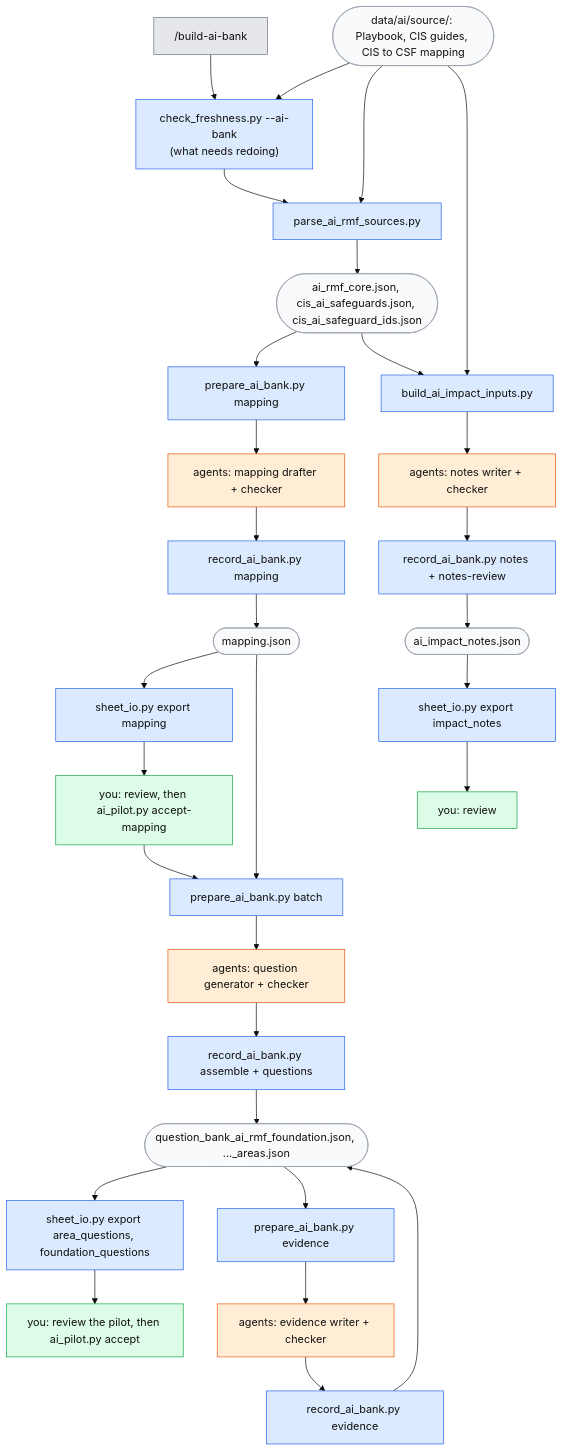
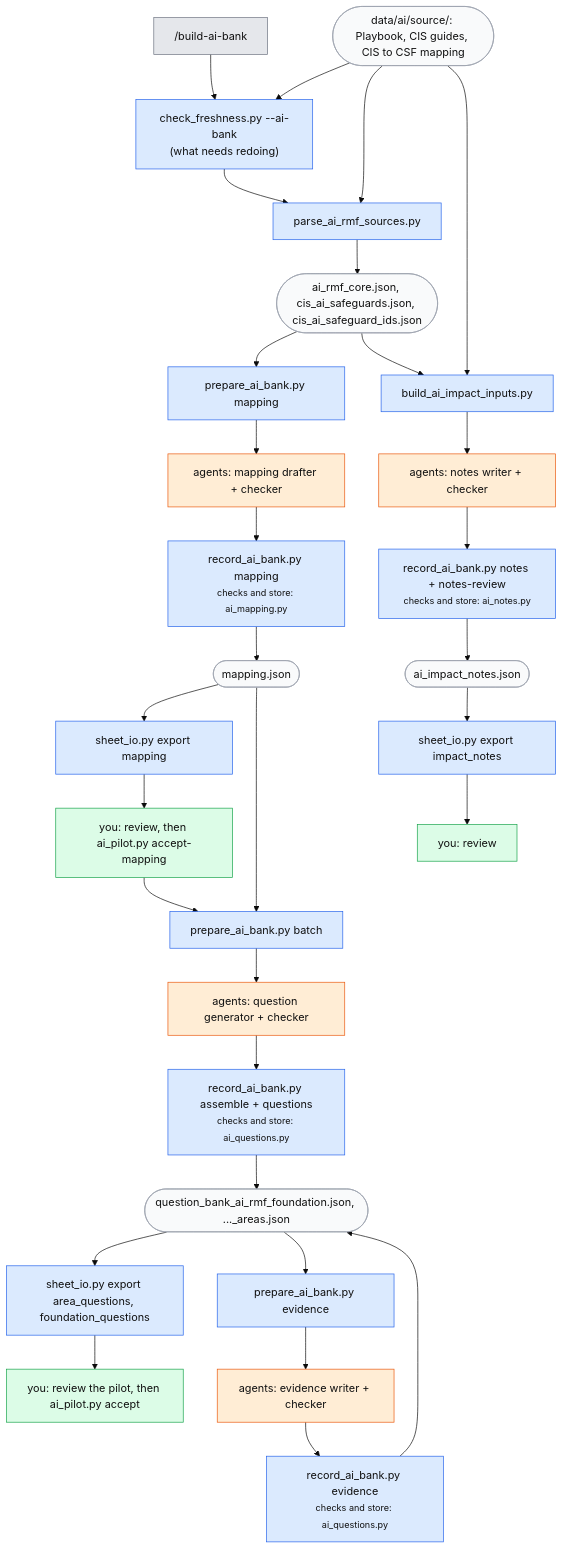
One commit to srilekha82/csf-ai-self-assessment changed the third of 3 diagrams in docs/guide.md. Above: the diagram before and after it, drawn with Mermaid (base theme). The commit also changed other lines of this file, not shown here.

Commit message:
Guide diagrams: the SoA confirm step, and where record_ai_bank's checks live
Making a questionnaire: after parse_soa.py, you confirm the sheet and
columns it picked (a wrong pick loops back with the column named).
Building the AI RMF banks: each record_ai_bank.py box names the module
holding its checks and store (ai_mapping.py, ai_questions.py, ai_notes.py).

Claude-Session: https://claude.ai/code/session_018LMuSAGdmU4f7EFzZWDznB

````diff
--- a/docs/guide.md
+++ b/docs/guide.md
@@ -164,27 +167,27 @@
 ```mermaid
 flowchart TD
     B["/build-ai-bank"]:::cmd --> CF["check_freshness.py --ai-bank<br/>(what needs redoing)"]:::script
     SRC([data/ai/source/: Playbook, CIS guides, CIS to CSF mapping]):::file --> CF
     CF --> PS[parse_ai_rmf_sources.py]:::script
     SRC --> PS --> CORE([ai_rmf_core.json, cis_ai_safeguards.json, cis_ai_safeguard_ids.json]):::file
 
-    CORE --> PM["prepare_ai_bank.py mapping"]:::script --> AM["agents: mapping drafter + checker"]:::agent --> RM["record_ai_bank.py mapping"]:::script --> MAP([mapping.json]):::file
+    CORE --> PM["prepare_ai_bank.py mapping"]:::script --> AM["agents: mapping drafter + checker"]:::agent --> RM["record_ai_bank.py mapping<br/><small>checks and store: ai_mapping.py</small>"]:::script --> MAP([mapping.json]):::file
     MAP --> SM["sheet_io.py export mapping"]:::script --> U1["you: review, then ai_pilot.py accept-mapping"]:::you
 
     U1 --> PB["prepare_ai_bank.py batch"]:::script
-    MAP --> PB --> AQ["agents: question generator + checker"]:::agent --> RQ["record_ai_bank.py assemble + questions"]:::script --> BANKS([question_bank_ai_rmf_foundation.json, ..._areas.json]):::file
+    MAP --> PB --> AQ["agents: question generator + checker"]:::agent --> RQ["record_ai_bank.py assemble + questions<br/><small>checks and store: ai_questions.py</small>"]:::script --> BANKS([question_bank_ai_rmf_foundation.json, ..._areas.json]):::file
     BANKS --> SQ["sheet_io.py export area_questions, foundation_questions"]:::script --> U2["you: review the pilot, then ai_pilot.py accept"]:::you
 
-    BANKS --> PE["prepare_ai_bank.py evidence"]:::script --> AE["agents: evidence writer + checker"]:::agent --> RE["record_ai_bank.py evidence"]:::script --> BANKS
+    BANKS --> PE["prepare_ai_bank.py evidence"]:::script --> AE["agents: evidence writer + checker"]:::agent --> RE["record_ai_bank.py evidence<br/><small>checks and store: ai_questions.py</small>"]:::script --> BANKS
 
     SRC --> BI[build_ai_impact_inputs.py]:::script
-    CORE --> BI --> AN["agents: notes writer + checker"]:::agent --> RN["record_ai_bank.py notes + notes-review"]:::script --> NOTES([ai_impact_notes.json]):::file
+    CORE --> BI --> AN["agents: notes writer + checker"]:::agent --> RN["record_ai_bank.py notes + notes-review<br/><small>checks and store: ai_notes.py</small>"]:::script --> NOTES([ai_impact_notes.json]):::file
     NOTES --> SN["sheet_io.py export impact_notes"]:::script --> U3["you: review"]:::you
 
     classDef cmd fill:#e5e7eb,stroke:#6b7280,color:#111
     classDef script fill:#dbeafe,stroke:#2563eb,color:#111
     classDef agent fill:#ffedd5,stroke:#ea580c,color:#111
     classDef you fill:#dcfce7,stroke:#16a34a,color:#111
     classDef file fill:#f9fafb,stroke:#9ca3af,color:#111
     classDef stop fill:#fee2e2,stroke:#dc2626,color:#111
 ```
````
